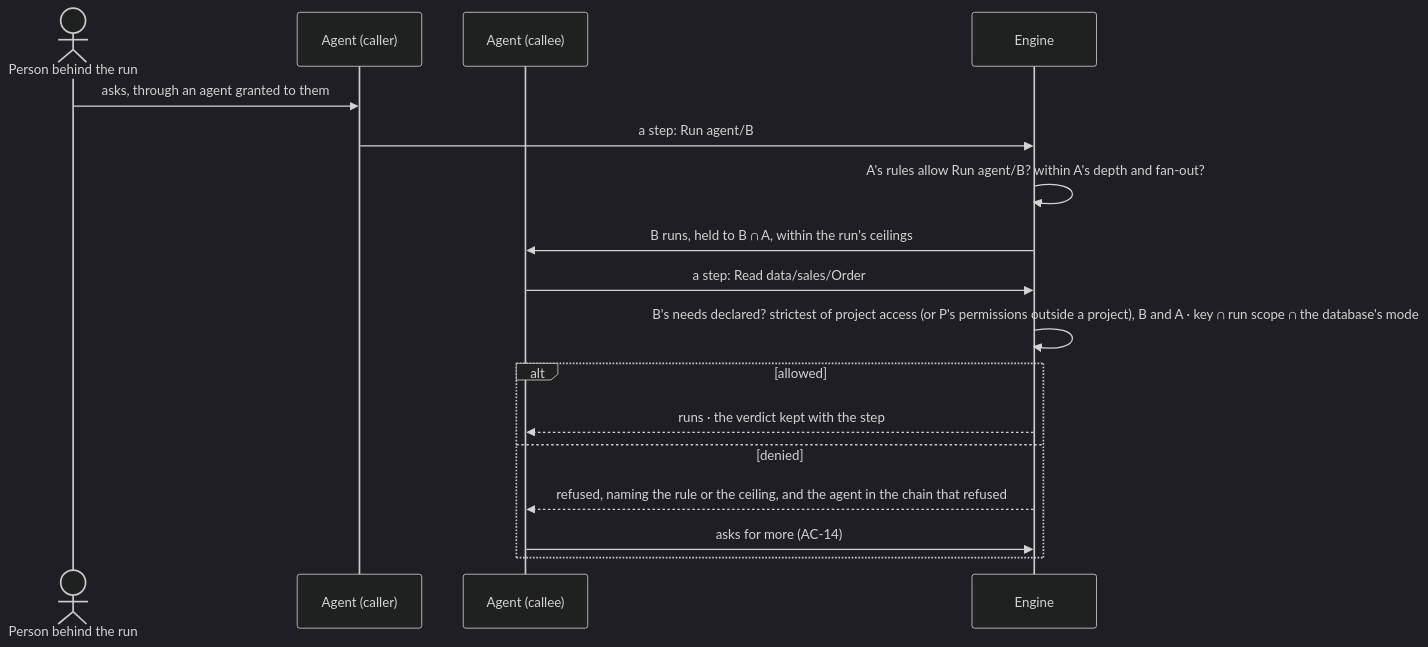
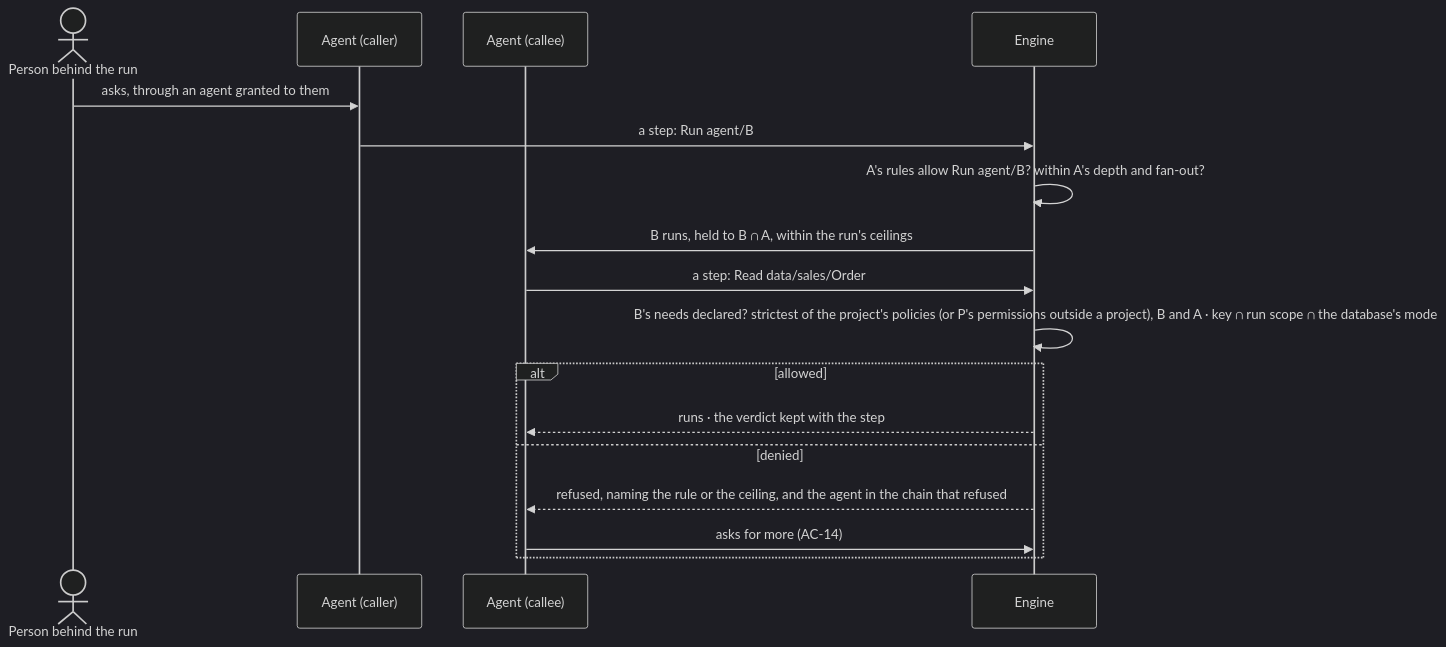
One commit to invana/invana changed the second of 2 diagrams in specs/os/access/features/AC-F04-what-an-agent-may-touch/feature.md. Above: the diagram before and after it, drawn with Mermaid (dark theme). The commit also changed other lines of this file and 26 other files, not shown here.

First line of the commit message:
docs(specs): one Access Policy type, tabbed policy form, project limits

````diff
--- a/specs/os/access/features/AC-F04-what-an-agent-may-touch/feature.md
+++ b/specs/os/access/features/AC-F04-what-an-agent-may-touch/feature.md
@@ -48,19 +48,19 @@
 ```mermaid
 sequenceDiagram
   actor P as Person behind the run
   participant A as Agent (caller)
   participant B as Agent (callee)
   participant E as Engine
   P->>A: asks, through an agent granted to them
   A->>E: a step: Run agent/B
   E->>E: A's rules allow Run agent/B? within A's depth and fan-out?
   E->>B: B runs, held to B ∩ A, within the run's ceilings
   B->>E: a step: Read data/sales/Order
-  E->>E: B's needs declared? strictest of project access (or P's permissions outside a project), B and A · key ∩ run scope ∩ the database's mode
+  E->>E: B's needs declared? strictest of the project's policies (or P's permissions outside a project), B and A · key ∩ run scope ∩ the database's mode
   alt allowed
     E-->>B: runs · the verdict kept with the step
   else denied
     E-->>B: refused, naming the rule or the ceiling, and the agent in the chain that refused
     B->>E: asks for more (AC-14)
   end
 ```
````
